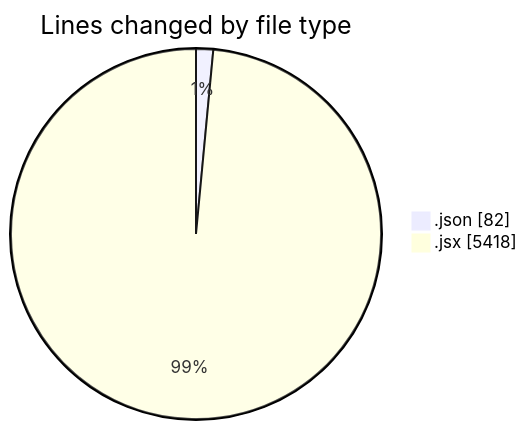
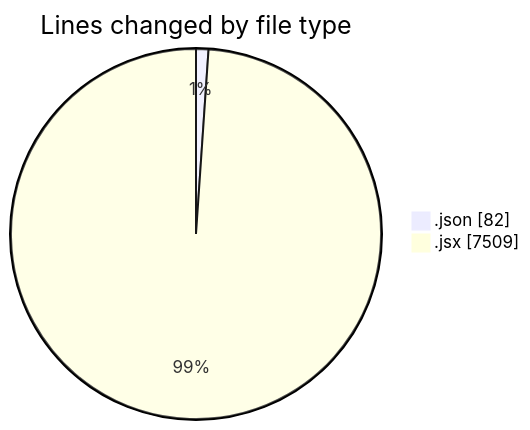
One commit to nxtqubesakshisongat/code-tracking changed the first of 2 diagrams in 2026-11-18/nashik-misal-queue/README.md. Above: the diagram before and after it, drawn with Mermaid. The commit also changed other lines of this file and 1 other file, not shown here.

````diff
--- a/2026-11-18/nashik-misal-queue/README.md
+++ b/2026-11-18/nashik-misal-queue/README.md
@@ -24,6 +28,6 @@
 ```mermaid
 pie showData
 title Lines changed by file type
 ".json" : 82
-".jsx" : 5418
+".jsx" : 7509
 ```
````
